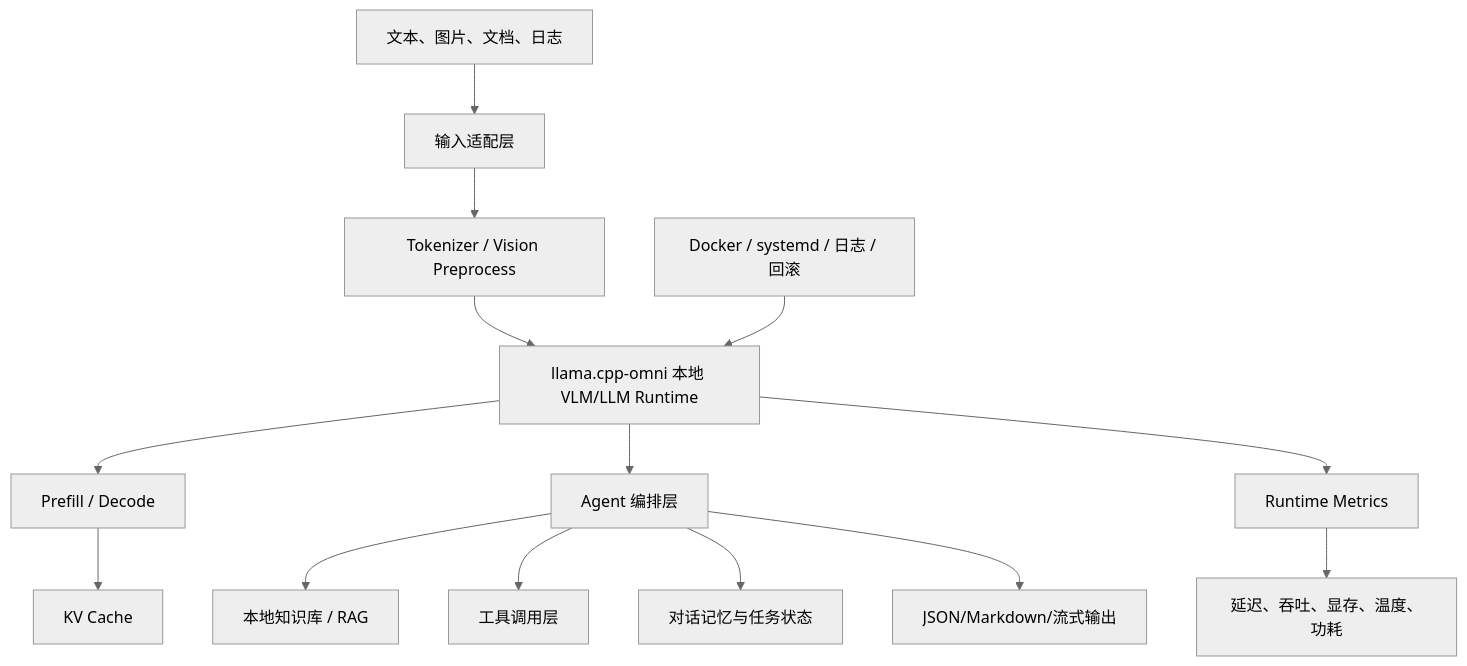
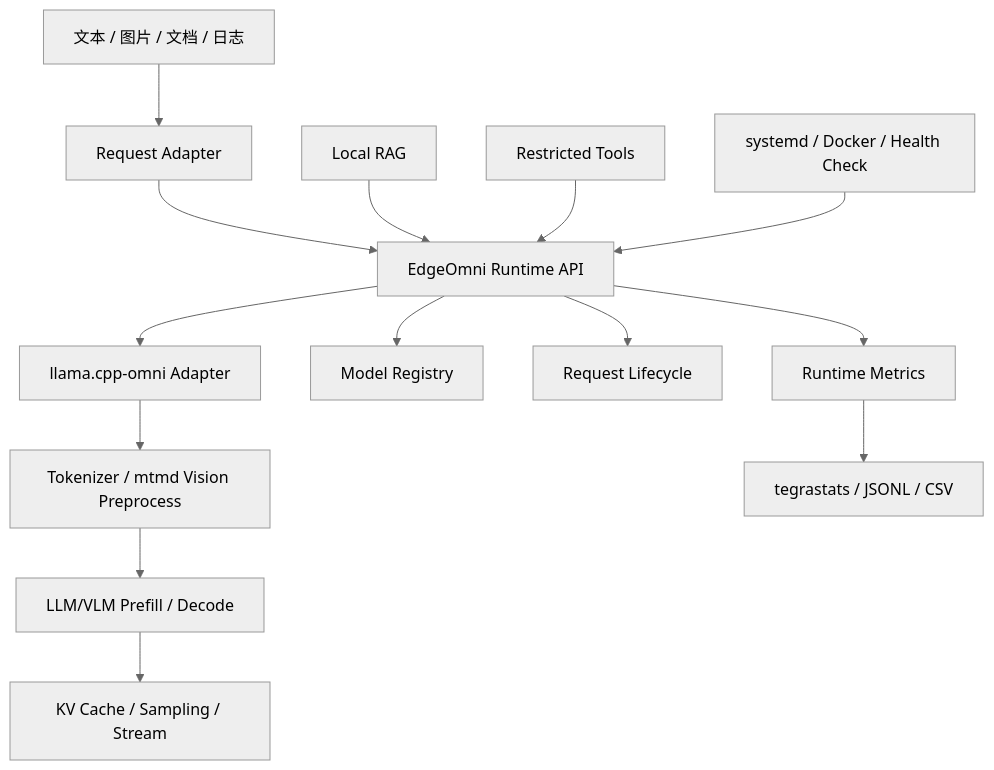
Before and after one commit to qingjiao-rousi/jetson-edge-assistant: the diagram in md/项目实践-jetson端侧离线多模态智能助手.md, drawn with Mermaid (neutral theme). The commit also changed other lines of this file and 4 other files, not shown here.

```diff
--- a/md/项目实践-jetson端侧离线多模态智能助手.md
+++ b/md/项目实践-jetson端侧离线多模态智能助手.md
@@ -93,16 +71,16 @@
 ~~~mermaid
 flowchart TD
-    A["文本、图片、文档、日志"] --> B["输入适配层"]
-    B --> C["Tokenizer / Vision Preprocess"]
-    C --> D["llama.cpp-omni 本地 VLM/LLM Runtime"]
-    D --> E["Prefill / Decode"]
-    E --> F["KV Cache"]
-    D --> G["Agent 编排层"]
-    G --> H["本地知识库 / RAG"]
-    G --> I["工具调用层"]
-    G --> J["对话记忆与任务状态"]
-    G --> K["JSON/Markdown/流式输出"]
-    D --> L["Runtime Metrics"]
-    L --> M["延迟、吞吐、显存、温度、功耗"]
-    N["Docker / systemd / 日志 / 回滚"] --> D
+    A["文本 / 图片 / 文档 / 日志"] --> B["Request Adapter"]
+    B --> C["EdgeOmni Runtime API"]
+    C --> D["llama.cpp-omni Adapter"]
+    D --> E["Tokenizer / mtmd Vision Preprocess"]
+    E --> F["LLM/VLM Prefill / Decode"]
+    F --> G["KV Cache / Sampling / Stream"]
+    C --> H["Model Registry"]
+    C --> I["Request Lifecycle"]
+    C --> J["Runtime Metrics"]
+    K["Local RAG"] --> C
+    L["Restricted Tools"] --> C
+    J --> M["tegrastats / JSONL / CSV"]
+    N["systemd / Docker / Health Check"] --> C
 ~~~
```
